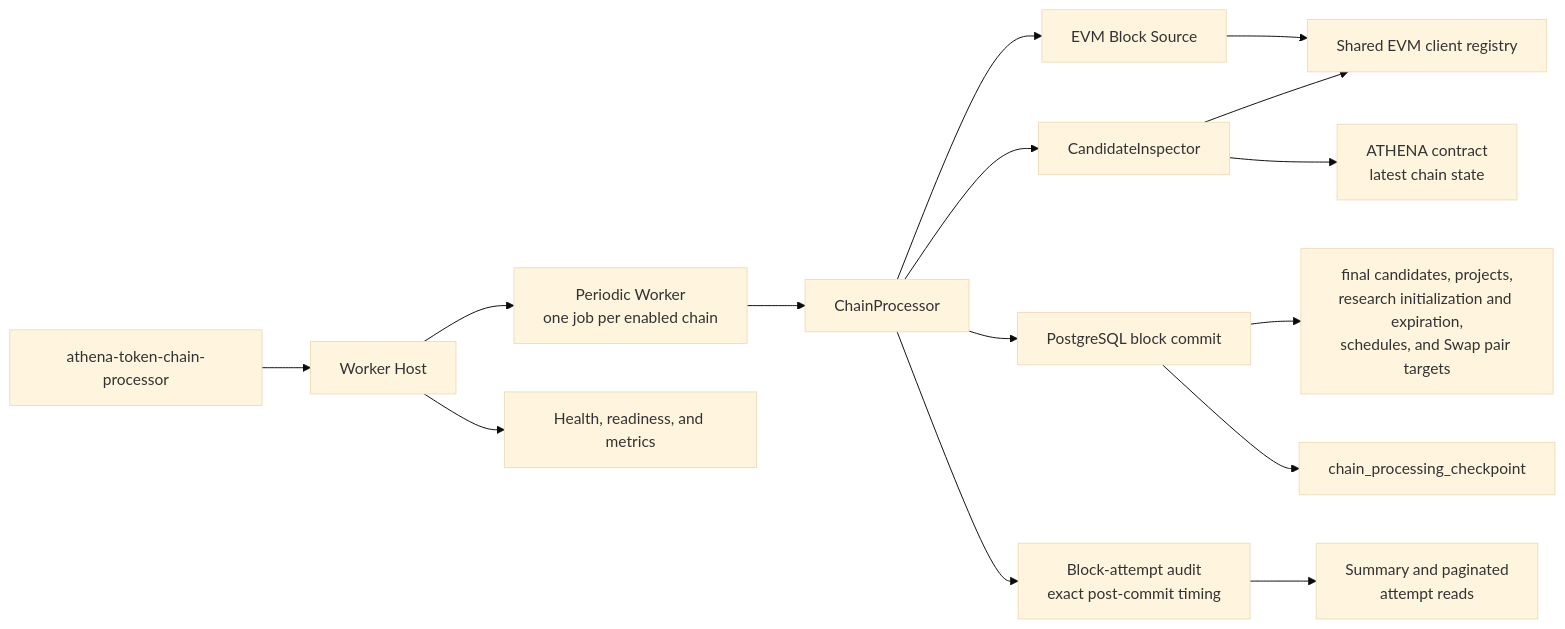
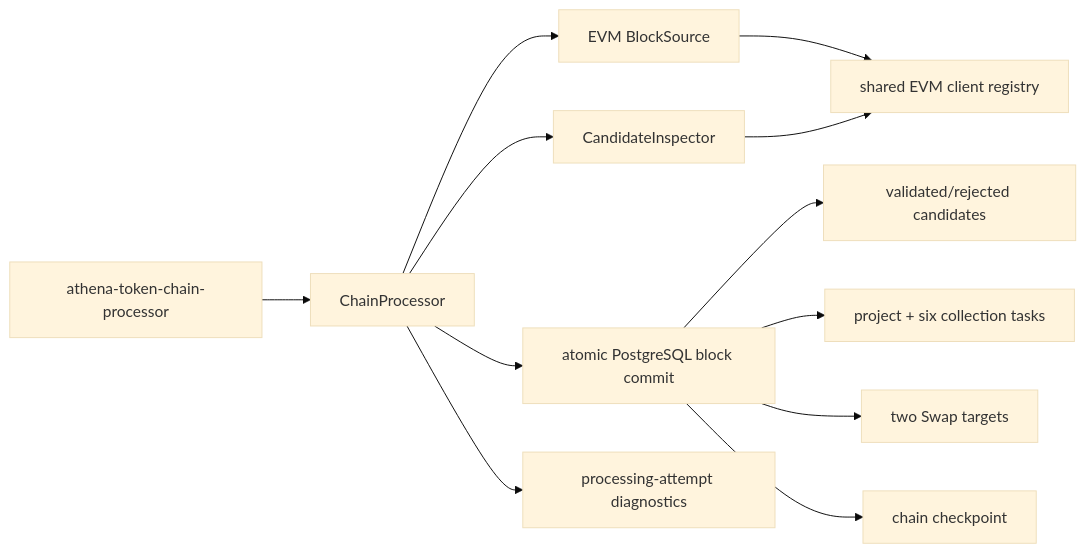
One commit to useryege/athena-o changed the diagram in docs/design/token-intelligence/chain-processor.md. Above: the diagram before and after it, drawn with Mermaid (base theme). The commit also changed other lines of this file and 165 other files, not shown here.

````diff
--- a/docs/design/token-intelligence/chain-processor.md
+++ b/docs/design/token-intelligence/chain-processor.md
@@ -45,17 +31,14 @@
 ```mermaid
 flowchart LR
-    P["athena-token-chain-processor"] --> H["Worker Host"]
-    H --> W["Periodic Worker\none job per enabled chain"]
-    W --> C["ChainProcessor"]
-    C --> B["EVM Block Source"]
-    C --> I["CandidateInspector"]
-    B --> E["Shared EVM client registry"]
-    I --> E
-    I --> A["ATHENA contract\nlatest chain state"]
-    C --> R["PostgreSQL block commit"]
-    R --> D["final candidates, projects,\nresearch initialization and expiration,\nschedules, and Swap pair targets"]
-    R --> K["chain_processing_checkpoint"]
-    C --> M["Block-attempt audit\nexact post-commit timing"]
-    M --> Q["Summary and paginated\nattempt reads"]
-    H --> T["Health, readiness, and metrics"]
+    P["athena-token-chain-processor"] --> A["ChainProcessor"]
+    A --> B["EVM BlockSource"]
+    A --> V["CandidateInspector"]
+    B --> E["shared EVM client registry"]
+    V --> E
+    A --> C["atomic PostgreSQL block commit"]
+    C --> D["validated/rejected candidates"]
+    C --> J["project + six collection tasks"]
+    C --> S["two Swap targets"]
+    C --> K["chain checkpoint"]
+    A --> M["processing-attempt diagnostics"]
 ```
````
